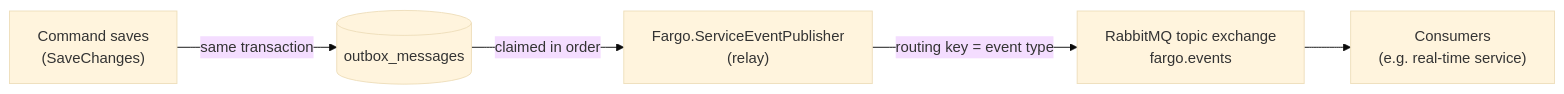
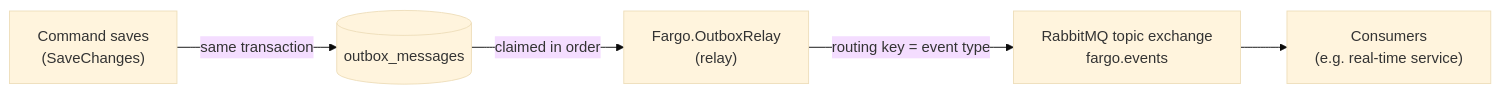
Before and after one commit to silvestrinigor/Fargo: the diagram in docs/server/integration-events.md, drawn with Mermaid (base theme). The commit also changed other lines of this file and 732 other files, not shown here.

````diff
--- a/docs/server/integration-events.md
+++ b/docs/server/integration-events.md
@@ -14,13 +14,13 @@
 ```mermaid
 flowchart LR
     Save["Command saves<br/>(SaveChanges)"]
     Outbox[("outbox_messages")]
-    Relay["Fargo.ServiceEventPublisher<br/>(relay)"]
+    Relay["Fargo.OutboxRelay<br/>(relay)"]
     Exchange["RabbitMQ topic exchange<br/>fargo.events"]
     Consumers["Consumers<br/>(e.g. real-time service)"]
 
     Save -->|same transaction| Outbox
     Outbox -->|claimed in order| Relay
     Relay -->|routing key = event type| Exchange
     Exchange --> Consumers
 ```
````
